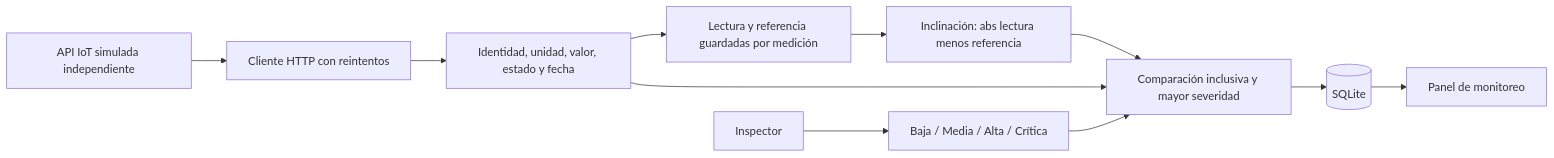
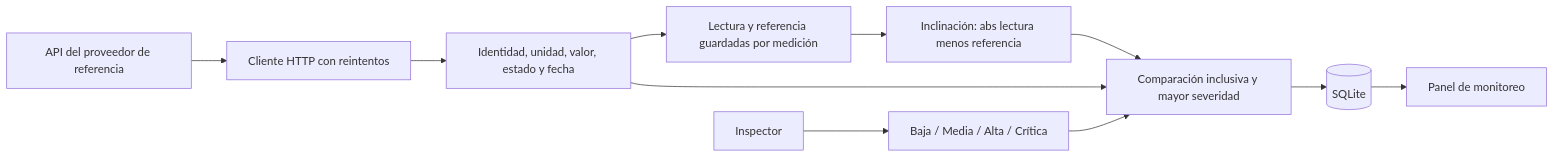
Before and after one commit to arieeliiu/monitoreo-puentes-municipales: the diagram in docs/ARQUITECTURA.md, drawn with Mermaid. The commit also changed other lines of this file and 26 other files, not shown here.

````diff
--- a/docs/ARQUITECTURA.md
+++ b/docs/ARQUITECTURA.md
@@ -41,13 +49,13 @@
 ```mermaid
 flowchart LR
-    Proveedor[API IoT simulada independiente] --> Cliente[Cliente HTTP con reintentos]
+    Proveedor[API del proveedor de referencia] --> Cliente[Cliente HTTP con reintentos]
     Cliente --> Recepcion[Identidad, unidad, valor, estado y fecha]
     Recepcion --> Referencia[Lectura y referencia guardadas por medición]
     Referencia --> Variacion[Inclinación: abs lectura menos referencia]
     Variacion --> Niveles[Comparación inclusiva y mayor severidad]
     Recepcion --> Niveles
     Niveles --> BD[(SQLite)]
     Inspector --> Visual[Baja / Media / Alta / Crítica]
     Visual --> Niveles
     BD --> Panel[Panel de monitoreo]
 ```
````
